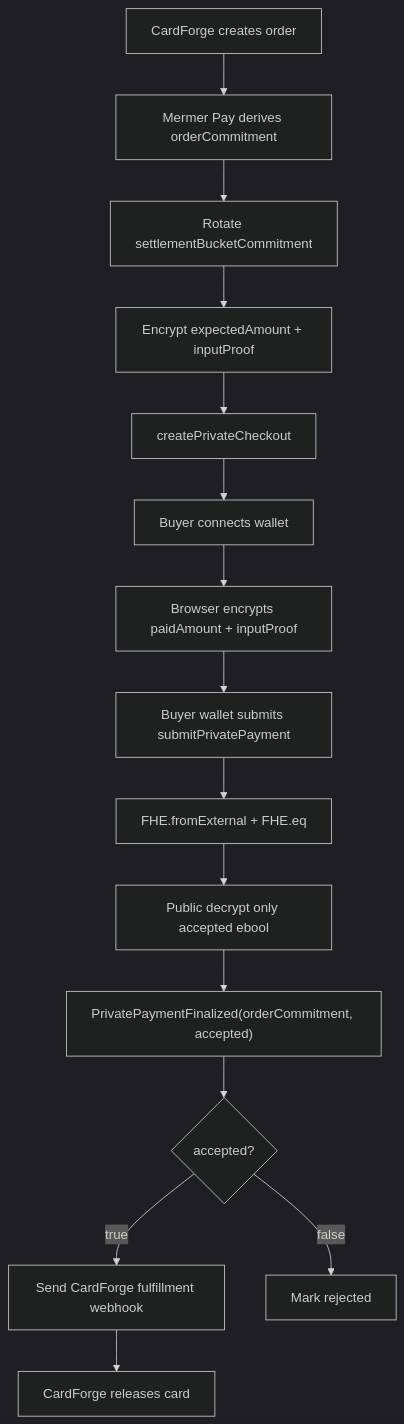
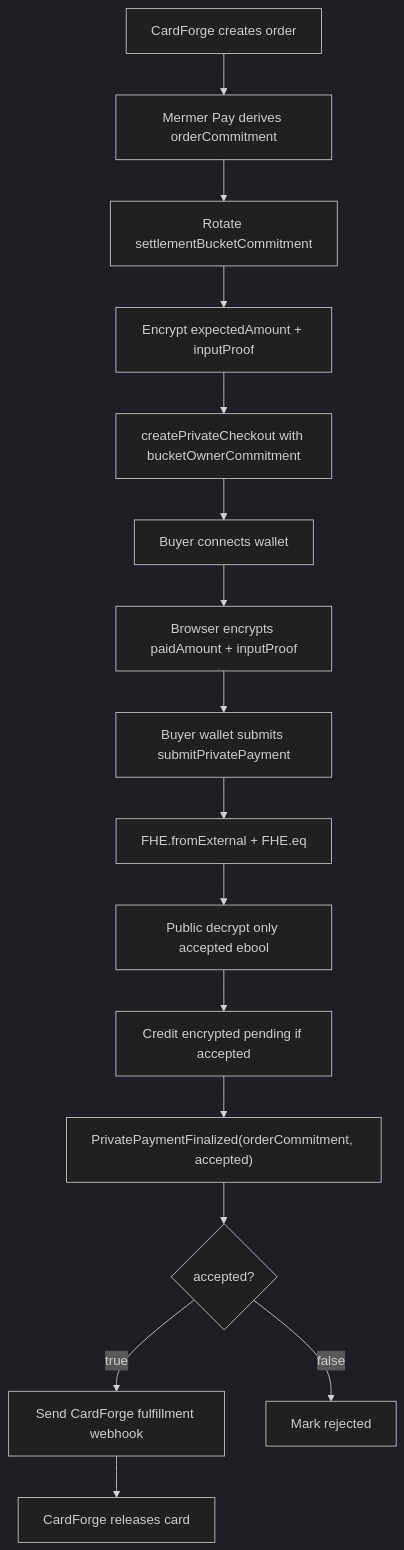
The first of 2 diagrams in docs/runbooks/private-checkout-v1.md (hanbu97/zamapay), drawn with Mermaid (dark theme) before and after one commit. The commit also changed other lines of this file and 78 other files, not shown here.

````diff
--- a/docs/runbooks/private-checkout-v1.md
+++ b/docs/runbooks/private-checkout-v1.md
@@ -240,17 +273,18 @@
 ```mermaid
 flowchart TD
     A["CardForge creates order"] --> B["Mermer Pay derives orderCommitment"]
     B --> C["Rotate settlementBucketCommitment"]
     C --> D["Encrypt expectedAmount + inputProof"]
-    D --> E["createPrivateCheckout"]
+    D --> E["createPrivateCheckout with bucketOwnerCommitment"]
     E --> F["Buyer connects wallet"]
     F --> G["Browser encrypts paidAmount + inputProof"]
     G --> H["Buyer wallet submits submitPrivatePayment"]
     H --> I["FHE.fromExternal + FHE.eq"]
     I --> J["Public decrypt only accepted ebool"]
-    J --> K["PrivatePaymentFinalized(orderCommitment, accepted)"]
-    K --> L{"accepted?"}
-    L -- true --> M["Send CardForge fulfillment webhook"]
-    L -- false --> N["Mark rejected"]
-    M --> O["CardForge releases card"]
+    J --> K["Credit encrypted pending if accepted"]
+    K --> L["PrivatePaymentFinalized(orderCommitment, accepted)"]
+    L --> M{"accepted?"}
+    M -- true --> N["Send CardForge fulfillment webhook"]
+    M -- false --> O["Mark rejected"]
+    N --> P["CardForge releases card"]
 ```
````
